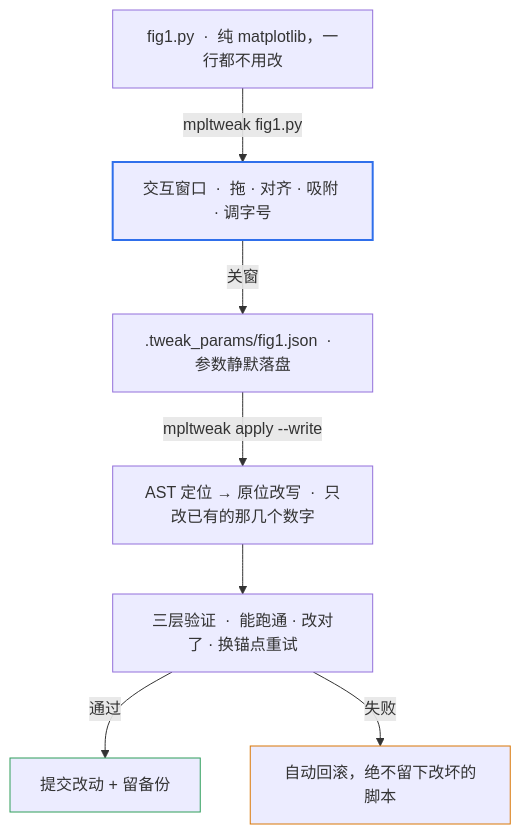
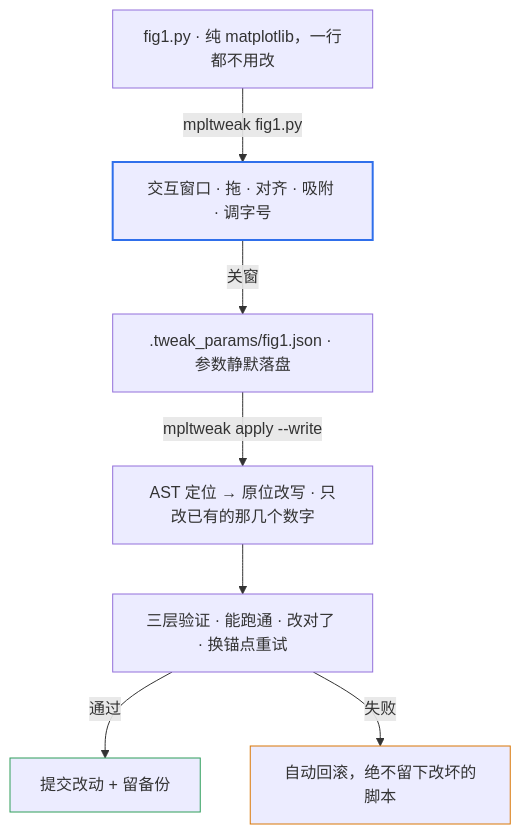
Before and after one commit to shdbl/mpltweak: the diagram in README.md, drawn with Mermaid. The commit also changed other lines of this file and 9 other files, not shown here.

Commit message:
docs: fix Mermaid (drop HTML entities), restore problem section, put demos before write-back, compress GIFs 5.6MB->2.6MB, flat-square badges

````diff
--- a/README.md
+++ b/README.md
@@ -30,19 +37,19 @@
 ```mermaid
 flowchart TD
-    A["fig1.py &nbsp;·&nbsp; 纯 matplotlib，一行都不用改"]
-    B["交互窗口 &nbsp;·&nbsp; 拖 · 对齐 · 吸附 · 调字号"]
-    C[".tweak_params/fig1.json &nbsp;·&nbsp; 参数静默落盘"]
-    D["AST 定位 → 原位改写 &nbsp;·&nbsp; 只改已有的那几个数字"]
-    E["三层验证 &nbsp;·&nbsp; 能跑通 · 改对了 · 换锚点重试"]
+    A["fig1.py · 纯 matplotlib，一行都不用改"]
+    B["交互窗口 · 拖 · 对齐 · 吸附 · 调字号"]
+    C[".tweak_params/fig1.json · 参数静默落盘"]
+    D["AST 定位 → 原位改写 · 只改已有的那几个数字"]
+    E["三层验证 · 能跑通 · 改对了 · 换锚点重试"]
 
     A -->|mpltweak fig1.py| B
     B -->|关窗| C
     C -->|mpltweak apply --write| D
     D --> E
     E -->|通过| F["提交改动 + 留备份"]
     E -->|失败| G["自动回滚，绝不留下改坏的脚本"]
 
     style B stroke:#2F6FEB,stroke-width:2px
     style F stroke:#2E9E5B
     style G stroke:#D97706
 ```
````
